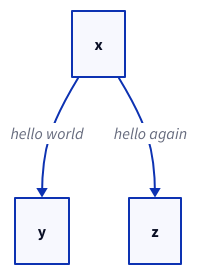
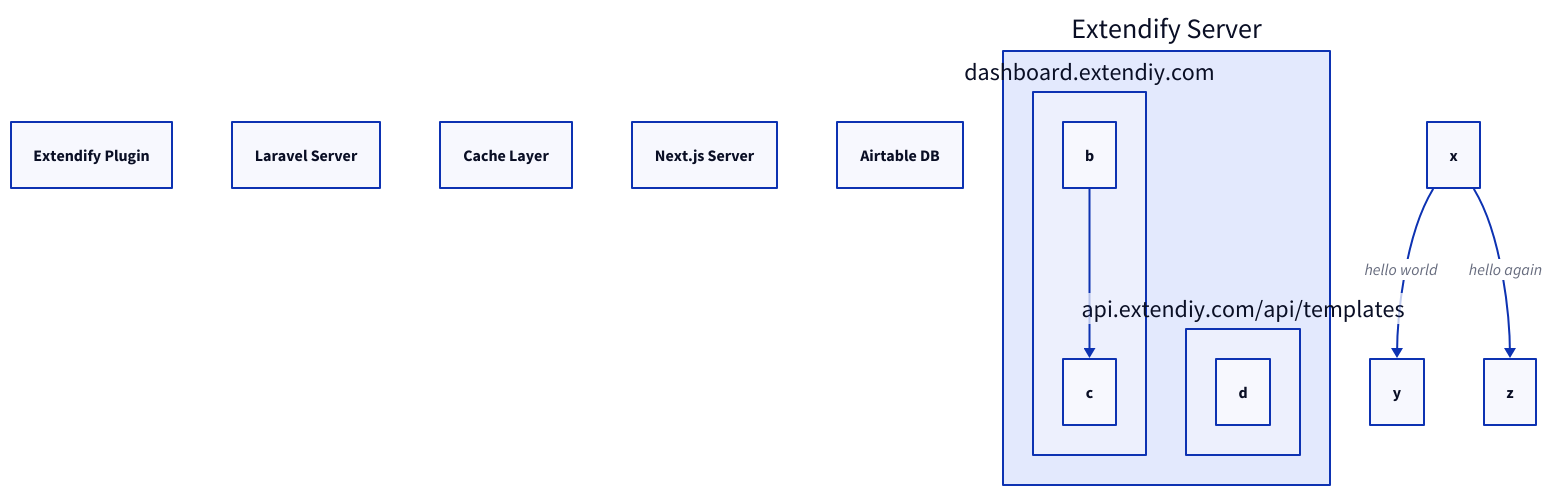
One commit to dgwyer/myapp changed the diagram in d2/file.d2. Above: the diagram before and after it, drawn with D2.

Commit message:
initial systems diagram

```diff
--- a/d2/file.d2
+++ b/d2/file.d2
@@ -1,2 +1,18 @@
+a: Extendify Plugin
+b: Laravel Server
+c: Cache Layer
+d: Next.js Server
+e: Airtable DB
+
+extendifyServer: Extendify Server {
+  dashboardServer: dashboard.extendiy.com {
+    b -> c
+  }
+
+  apiServer: api.extendiy.com/api/templates {
+    d
+  }
+}
+
 x -> y: hello world
 x -> z: hello again
```
